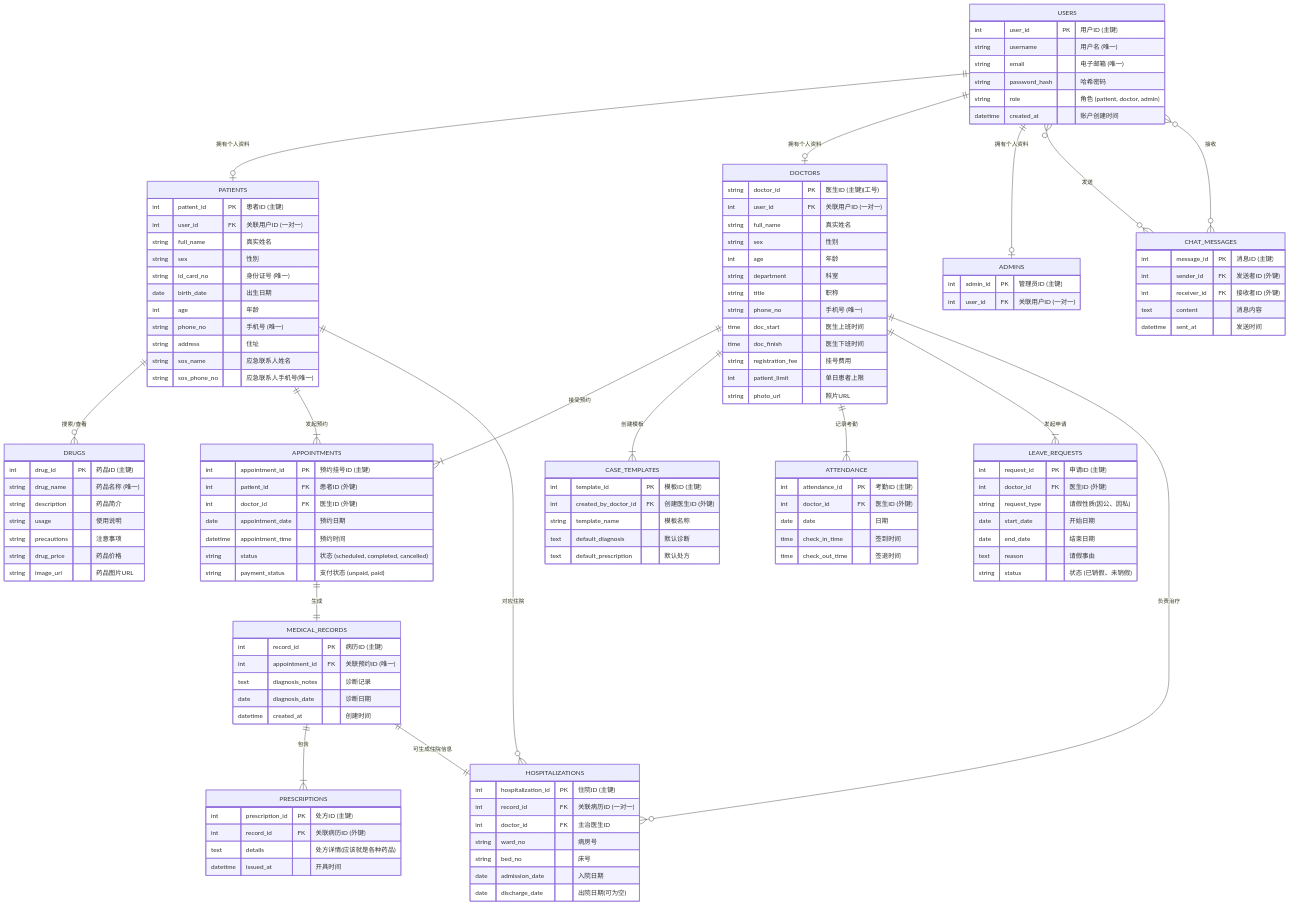
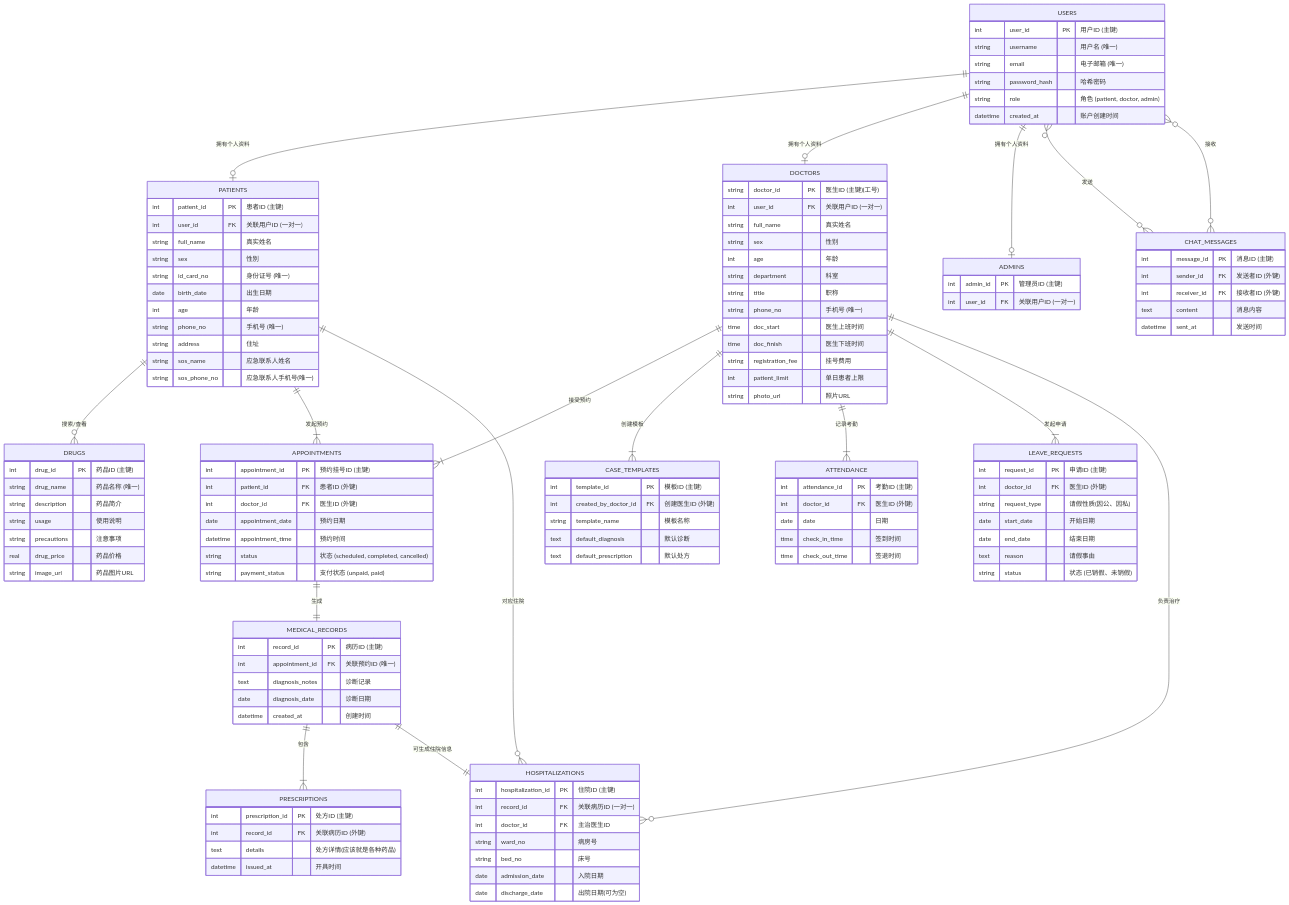
One commit to laonuo2004/cpp-qt-medical-system changed the diagram in ER.md. Above: the diagram before and after it, drawn with Mermaid. The commit also changed 1 other file, not shown here.

Commit message:
修改“药品价格”数据类型

```diff
--- a/ER.md
+++ b/ER.md
@@ -88,7 +88,7 @@
         string description "药品简介"
         string usage "使用说明"
         string precautions "注意事项"
-        string drug_price "药品价格"
+        real drug_price "药品价格"
         string image_url "药品图片URL"
     }
 
```
